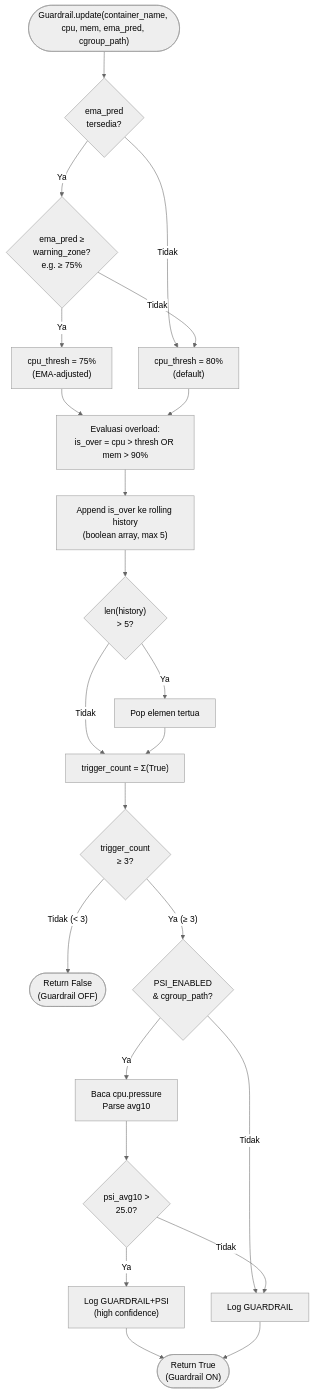
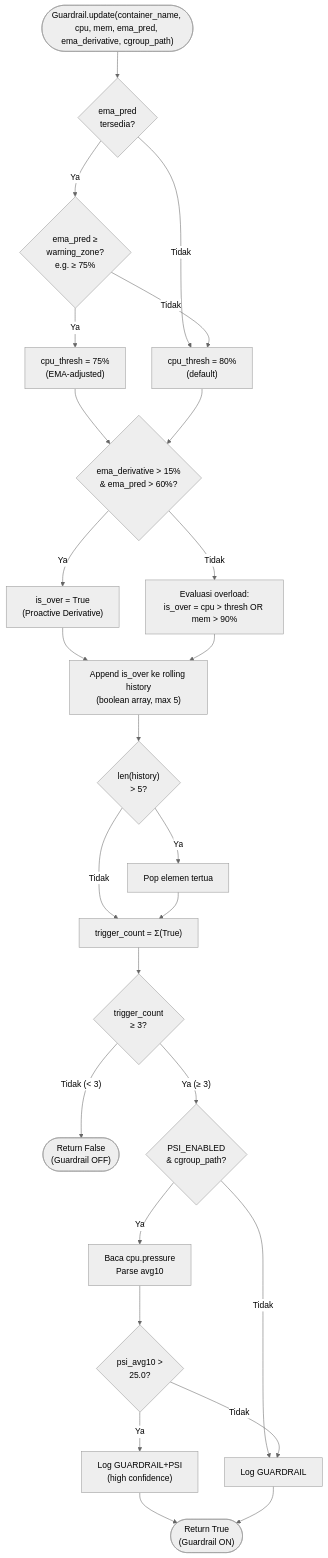
The first of 2 diagrams in architecture-diagrams/layer-3-control/01_guardrail.md (fauzanreza/green-container-framework), drawn with Mermaid (neutral theme) before and after one commit. The commit also changed other lines of this file and 51 other files, not shown here.

````diff
--- a/architecture-diagrams/layer-3-control/01_guardrail.md
+++ b/architecture-diagrams/layer-3-control/01_guardrail.md
@@ -9,59 +9,65 @@
 ```mermaid
 flowchart TD
-    START(["Guardrail.update(container_name, cpu, mem, ema_pred, cgroup_path)"])
+    START(["Guardrail.update(container_name, cpu, mem, ema_pred, ema_derivative, cgroup_path)"])
 
     EMA_CHECK{"ema_pred<br/>tersedia?"}
     
     EMA_ZONE{"ema_pred ≥<br/>warning_zone?<br/>e.g. ≥ 75%"}
     LOWER_THRESH["cpu_thresh = 75%<br/>(EMA-adjusted)"]
     NORMAL_THRESH["cpu_thresh = 80%<br/>(default)"]
 
+    DERIV_CHECK{"ema_derivative > 15%<br/>& ema_pred > 60%?"}
+    DERIV_TRUE["is_over = True<br/>(Proactive Derivative)"]
     EVAL_OVER["Evaluasi overload:<br/>is_over = cpu > thresh OR mem > 90%"]
 
     APPEND["Append is_over ke rolling history<br/>(boolean array, max 5)"]
 
     TRIM{"len(history)<br/>> 5?"}
     POP["Pop elemen tertua"]
 
     COUNT["trigger_count = Σ(True)"]
 
     TRIGGERED{"trigger_count<br/>≥ 3?"}
 
     NOT_TRIGGERED(["Return False<br/>(Guardrail OFF)"])
 
     CHECK_PSI{"PSI_ENABLED<br/>& cgroup_path?"}
     READ_PSI["Baca cpu.pressure<br/>Parse avg10"]
     PSI_HIGH{"psi_avg10 ><br/>25.0?"}
     PSI_ELEVATED["Log GUARDRAIL+PSI<br/>(high confidence)"]
     PSI_NORMAL["Log GUARDRAIL"]
 
     RETURN_TRUE(["Return True<br/>(Guardrail ON)"])
 
     START --> EMA_CHECK
     EMA_CHECK -->|Tidak| NORMAL_THRESH
     EMA_CHECK -->|Ya| EMA_ZONE
     EMA_ZONE -->|Ya| LOWER_THRESH
     EMA_ZONE -->|Tidak| NORMAL_THRESH
 
-    LOWER_THRESH --> EVAL_OVER
-    NORMAL_THRESH --> EVAL_OVER
+    LOWER_THRESH --> DERIV_CHECK
+    NORMAL_THRESH --> DERIV_CHECK
 
+    DERIV_CHECK -->|Ya| DERIV_TRUE
+    DERIV_CHECK -->|Tidak| EVAL_OVER
+    
+    DERIV_TRUE --> APPEND
     EVAL_OVER --> APPEND
     APPEND --> TRIM
     TRIM -->|Ya| POP
     TRIM -->|Tidak| COUNT
     POP --> COUNT
 
     COUNT --> TRIGGERED
     TRIGGERED -->|"Tidak (< 3)"| NOT_TRIGGERED
     TRIGGERED -->|"Ya (≥ 3)"| CHECK_PSI
 
     CHECK_PSI -->|Tidak| PSI_NORMAL
     CHECK_PSI -->|Ya| READ_PSI
     READ_PSI --> PSI_HIGH
     PSI_HIGH -->|Ya| PSI_ELEVATED
     PSI_HIGH -->|Tidak| PSI_NORMAL
 
     PSI_ELEVATED --> RETURN_TRUE
     PSI_NORMAL --> RETURN_TRUE
 ```
````
